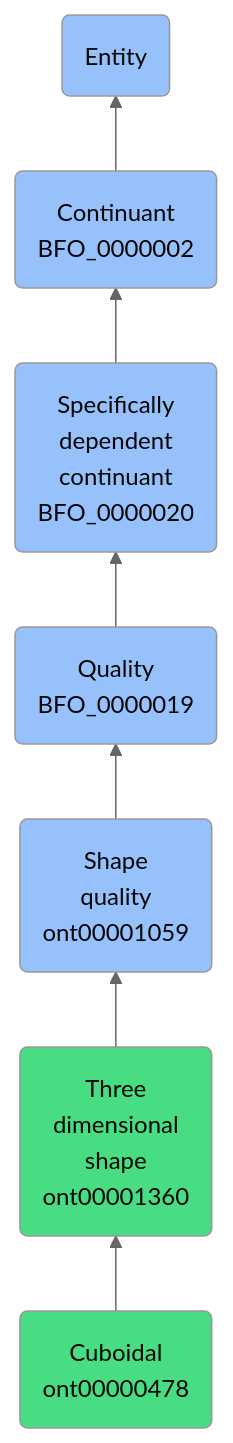
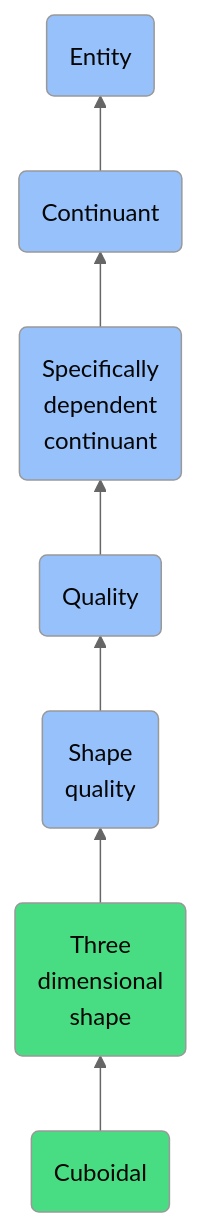
Before and after one commit to jupyter-naas/abi: the diagram in docs/ontology/reference/model/Entity/Continuant/Specifically dependent continuant/Quality/Shape quality/Three dimensional shape/Cuboidal/Cuboidal.md, drawn with Mermaid (neutral theme). The commit also changed other lines of this file and 1430 other files, not shown here.

````diff
--- a/docs/ontology/reference/model/Entity/Continuant/Specifically dependent continuant/Quality/Shape quality/Three dimensional shape/Cuboidal/Cuboidal.md
+++ b/docs/ontology/reference/model/Entity/Continuant/Specifically dependent continuant/Quality/Shape quality/Three dimensional shape/Cuboidal/Cuboidal.md
@@ -24,14 +24,14 @@
 ```mermaid
 graph BT
-    ont00000478(Cuboidal<br>ont00000478):::ABI-->ont00001360
-    ont00001360(Three<br>dimensional<br>shape<br>ont00001360):::ABI-->ont00001059
-    ont00001059(Shape<br>quality<br>ont00001059):::BFO-->BFO_0000019
-    BFO_0000019(Quality<br>BFO_0000019):::BFO-->BFO_0000020
-    BFO_0000020(Specifically<br>dependent<br>continuant<br>BFO_0000020):::BFO-->BFO_0000002
-    BFO_0000002(Continuant<br>BFO_0000002):::BFO-->BFO_0000001
+    ont00000478(Cuboidal):::ABI-->ont00001360
+    ont00001360(Three<br>dimensional<br>shape):::ABI-->ont00001059
+    ont00001059(Shape<br>quality):::BFO-->BFO_0000019
+    BFO_0000019(Quality):::BFO-->BFO_0000020
+    BFO_0000020(Specifically<br>dependent<br>continuant):::BFO-->BFO_0000002
+    BFO_0000002(Continuant):::BFO-->BFO_0000001
     BFO_0000001(Entity):::BFO
     
     classDef BFO fill:#97c1fb,color:#060606
     classDef CCO fill:#e4c51e,color:#060606
     classDef ABI fill:#48DD82,color:#060606
 ```
````
